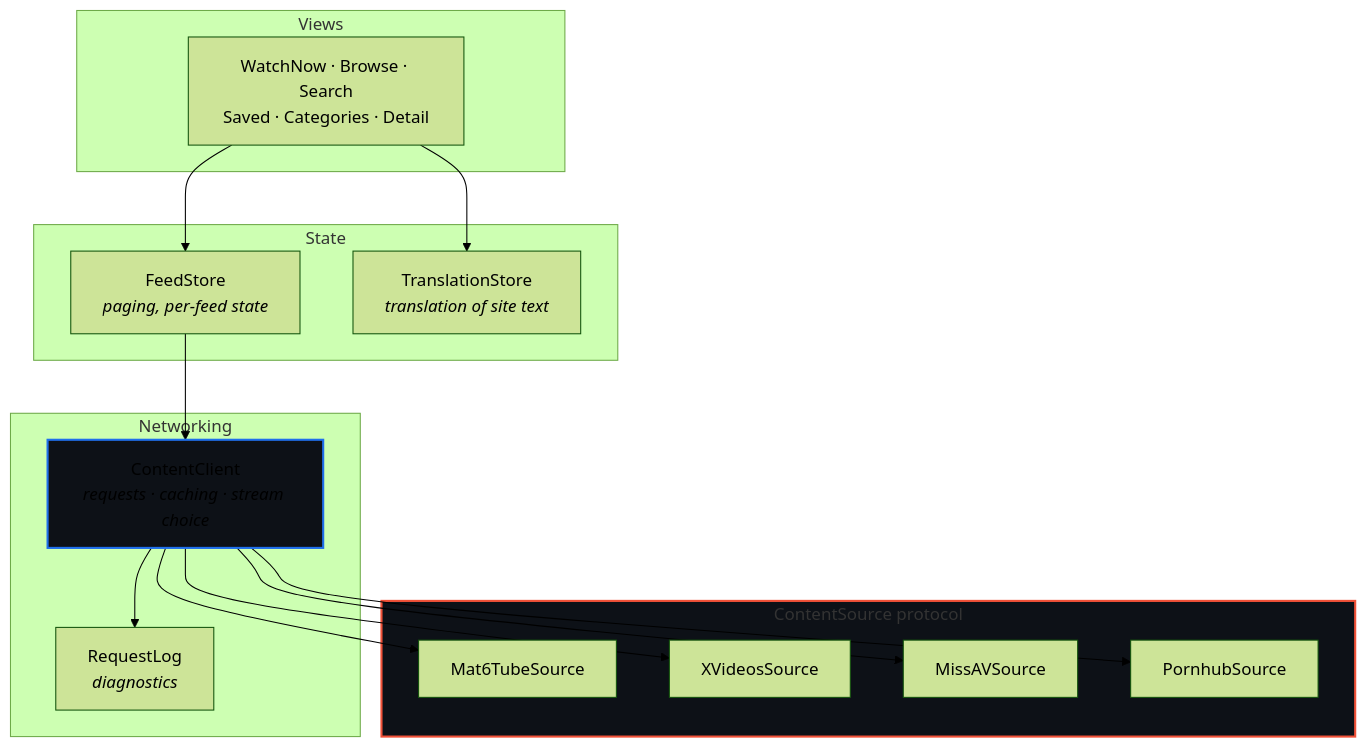
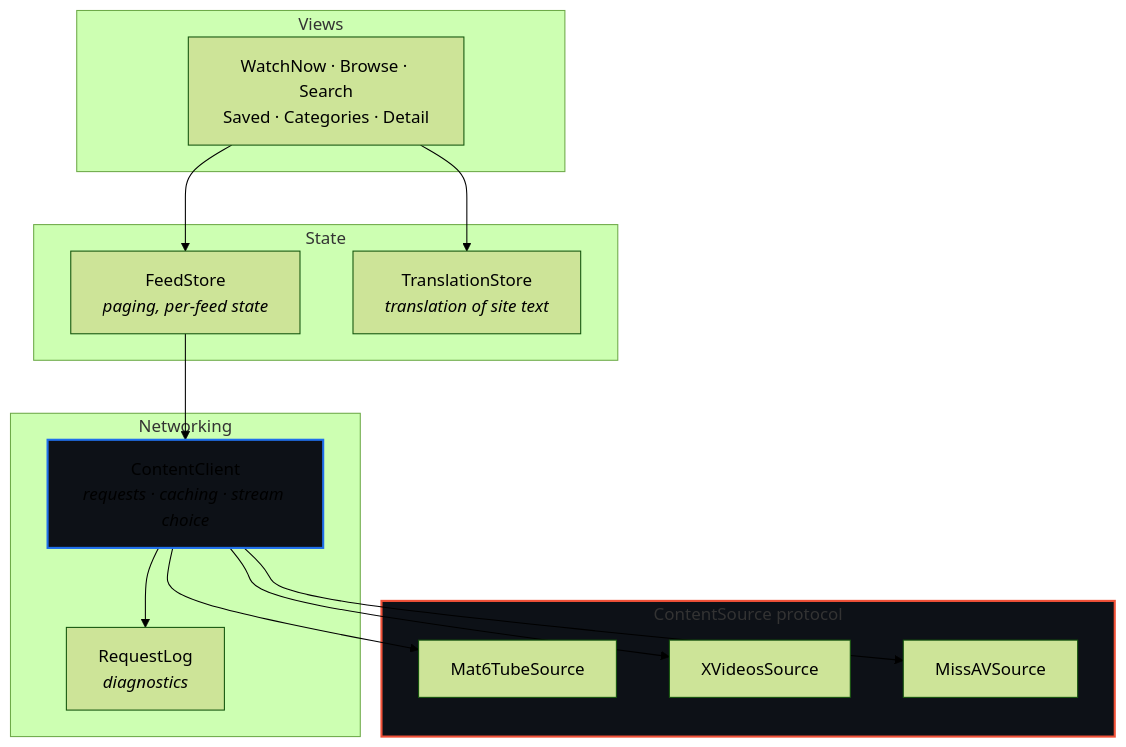
One commit to Nico8324/GetSome changed the diagram in README.md. Above: the diagram before and after it, drawn with Mermaid (forest theme). The commit also changed other lines of this file and 2 other files, not shown here.

````diff
--- a/README.md
+++ b/README.md
@@ -44,29 +49,28 @@
 ```mermaid
 flowchart TD
     subgraph ui [Views]
         A["WatchNow · Browse · Search<br/>Saved · Categories · Detail"]
     end
     subgraph state [State]
         B["FeedStore<br/><i>paging, per-feed state</i>"]
         T["TranslationStore<br/><i>translation of site text</i>"]
     end
     subgraph net [Networking]
         C["ContentClient<br/><i>requests · caching · stream choice</i>"]
         L["RequestLog<br/><i>diagnostics</i>"]
     end
     subgraph src [ContentSource protocol]
         D[Mat6TubeSource]
         E[XVideosSource]
         F[MissAVSource]
-        G[PornhubSource]
     end
 
     A --> B
     A --> T
     B --> C
     C --> L
-    C --> D & E & F & G
+    C --> D & E & F
 
     style src fill:#0d1117,stroke:#f05138,stroke-width:2px
     style C fill:#0d1117,stroke:#1f6feb,stroke-width:2px
 ```
````
